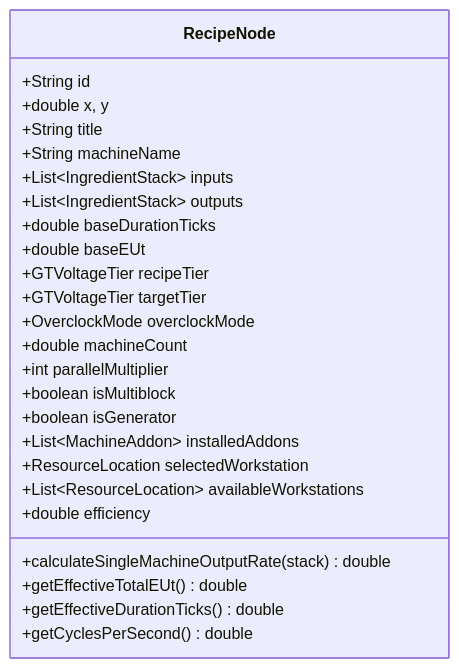
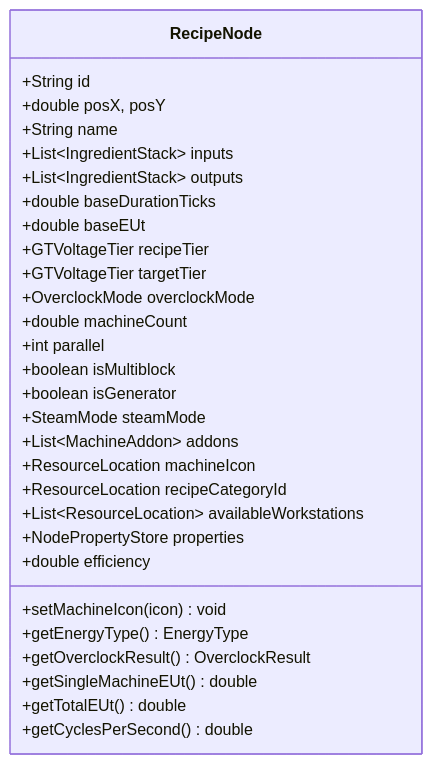
The first of 3 diagrams in docs/ko_kr/spec/01_CORE_DOMAIN_AND_MODELS.md (Amvermain/GregTechCalculatorBoard), drawn with Mermaid before and after one commit. The commit also changed other lines of this file and 132 other files, not shown here.

````diff
--- a/docs/ko_kr/spec/01_CORE_DOMAIN_AND_MODELS.md
+++ b/docs/ko_kr/spec/01_CORE_DOMAIN_AND_MODELS.md
@@ -52,28 +52,32 @@
 ```mermaid
 classDiagram
     class RecipeNode {
         +String id
-        +double x, y
-        +String title
-        +String machineName
+        +double posX, posY
+        +String name
         +List~IngredientStack~ inputs
         +List~IngredientStack~ outputs
         +double baseDurationTicks
         +double baseEUt
         +GTVoltageTier recipeTier
         +GTVoltageTier targetTier
         +OverclockMode overclockMode
         +double machineCount
-        +int parallelMultiplier
+        +int parallel
         +boolean isMultiblock
         +boolean isGenerator
-        +List~MachineAddon~ installedAddons
-        +ResourceLocation selectedWorkstation
+        +SteamMode steamMode
+        +List~MachineAddon~ addons
+        +ResourceLocation machineIcon
+        +ResourceLocation recipeCategoryId
         +List~ResourceLocation~ availableWorkstations
+        +NodePropertyStore properties
         +double efficiency
-        +calculateSingleMachineOutputRate(stack) double
-        +getEffectiveTotalEUt() double
-        +getEffectiveDurationTicks() double
+        +setMachineIcon(icon) void
+        +getEnergyType() EnergyType
+        +getOverclockResult() OverclockResult
+        +getSingleMachineEUt() double
+        +getTotalEUt() double
         +getCyclesPerSecond() double
     }
 ```
````
